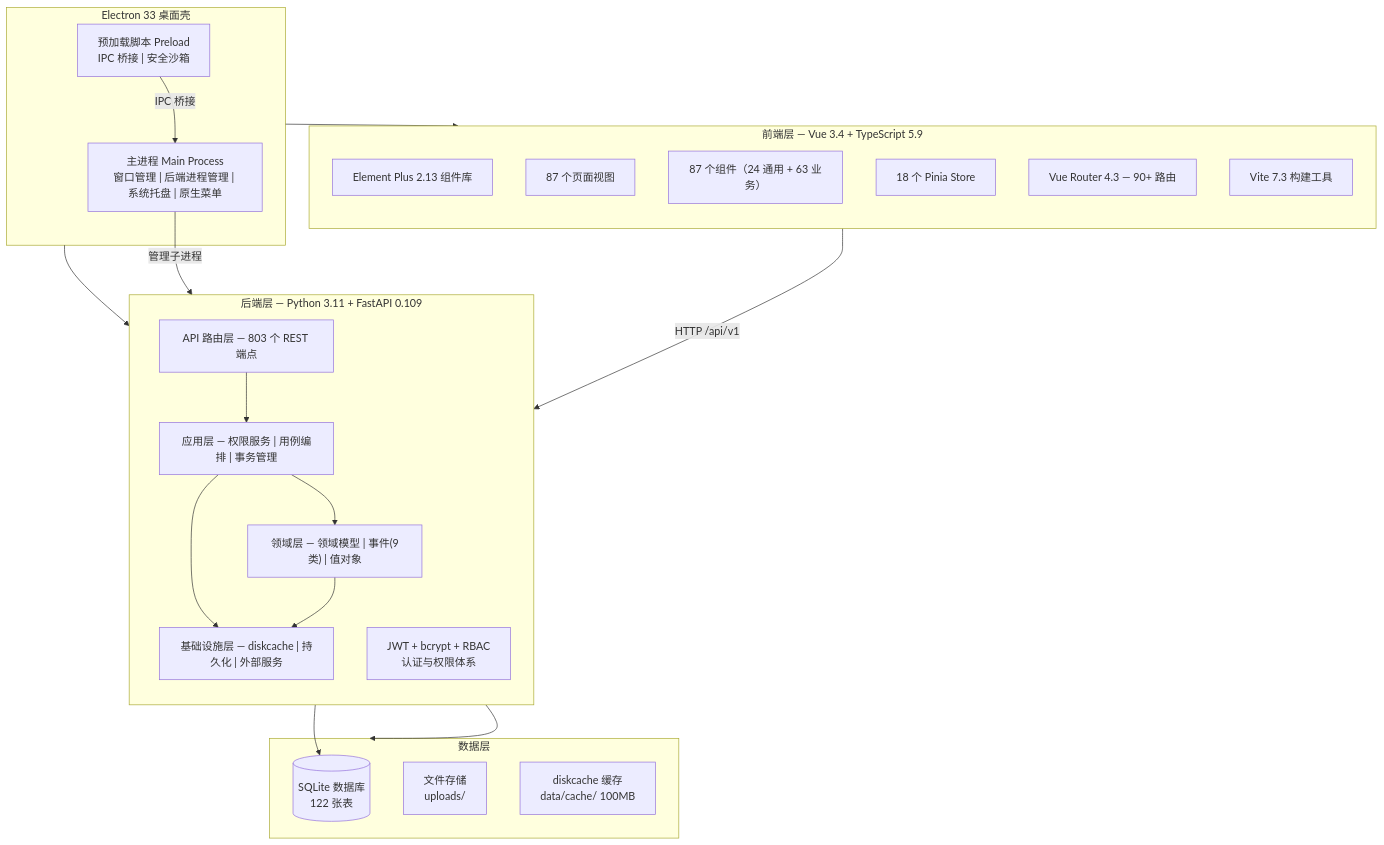
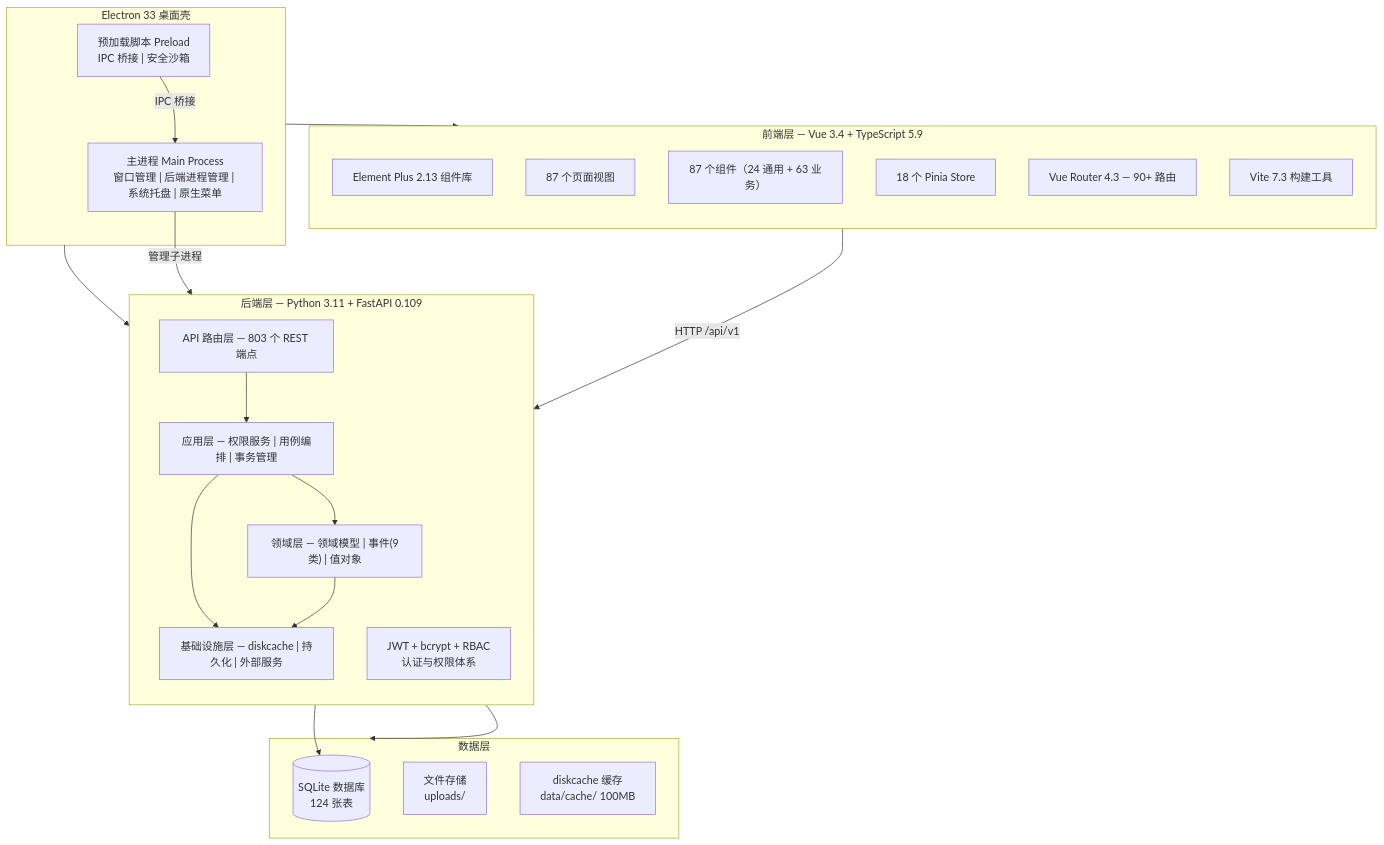
One commit to lzh745200/MRRS changed the first of 15 diagrams in docs/03-开发文档/01-架构设计/系统设计图集.md. Above: the diagram before and after it, drawn with Mermaid. The commit also changed other lines of this file and 35 other files, not shown here.

````diff
--- a/docs/03-开发文档/01-架构设计/系统设计图集.md
+++ b/docs/03-开发文档/01-架构设计/系统设计图集.md
@@ -29,43 +29,43 @@
 ```mermaid
 graph TB
     subgraph ELECTRON["Electron 33 桌面壳"]
         MAIN["主进程 Main Process<br/>窗口管理 | 后端进程管理 | 系统托盘 | 原生菜单"]
         PRELOAD["预加载脚本 Preload<br/>IPC 桥接 | 安全沙箱"]
     end
 
     subgraph FRONTEND["前端层 — Vue 3.4 + TypeScript 5.9"]
         direction TB
         UI["Element Plus 2.13 组件库"]
         PAGES["87 个页面视图"]
         COMPONENTS["87 个组件（24 通用 + 63 业务）"]
         STORES["18 个 Pinia Store"]
         ROUTER["Vue Router 4.3 — 90+ 路由"]
         VITE["Vite 7.3 构建工具"]
     end
 
     subgraph BACKEND["后端层 — Python 3.11 + FastAPI 0.109"]
         direction TB
         API["API 路由层 — 803 个 REST 端点"]
         APP_SVC["应用层 — 权限服务 | 用例编排 | 事务管理"]
         DOMAIN["领域层 — 领域模型 | 事件(9类) | 值对象"]
         INFRA["基础设施层 — diskcache | 持久化 | 外部服务"]
         SECURITY["JWT + bcrypt + RBAC<br/>认证与权限体系"]
     end
 
     subgraph DATA["数据层"]
-        SQLITE[("SQLite 数据库<br/>122 张表")]
+        SQLITE[("SQLite 数据库<br/>124 张表")]
         FILES["文件存储<br/>uploads/"]
         CACHE["diskcache 缓存<br/>data/cache/ 100MB"]
     end
 
     ELECTRON --> FRONTEND
     ELECTRON --> BACKEND
     MAIN -->|"管理子进程"| BACKEND
     PRELOAD -->|"IPC 桥接"| MAIN
     FRONTEND -->|"HTTP /api/v1"| BACKEND
     BACKEND --> DATA
     API --> APP_SVC --> DOMAIN
     APP_SVC --> INFRA
     DOMAIN --> INFRA
     INFRA --> SQLITE
 ```
````
